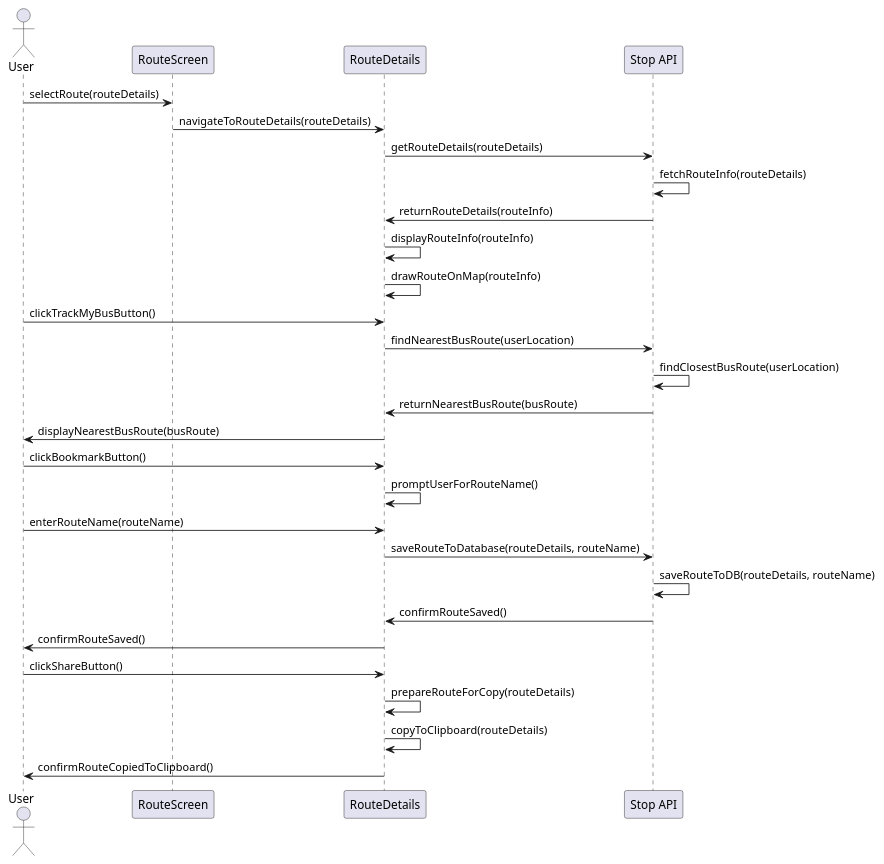
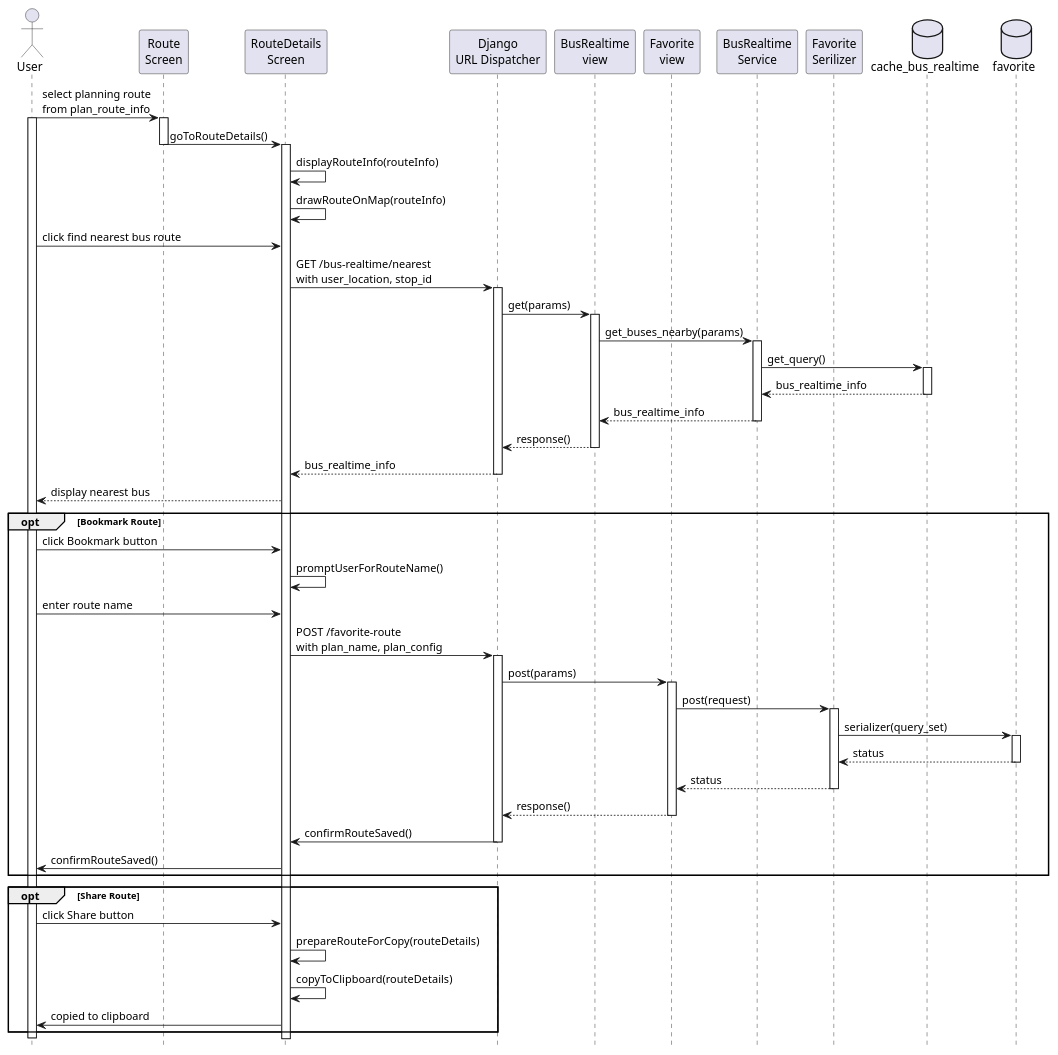
One commit to KMITL-BusBuddy/diagram changed the diagram in search_route/route_information.puml. Above: the diagram before and after it, drawn with PlantUML. The commit also changed 11 other files, not shown here.

Commit message:
update last diagram

```diff
--- a/search_route/route_information.puml
+++ b/search_route/route_information.puml
@@ -1,34 +1,85 @@
-@startuml
+@startuml Plan
+
+hide footbox
 
 actor User
-participant RouteScreen
-participant RouteDetails
-participant "Stop API" as StopAPI
+participant "Route\nScreen" as RouteScreen
+participant "RouteDetails\nScreen" as RouteDetails
 
-User -> RouteScreen : selectRoute(routeDetails)
-RouteScreen -> RouteDetails : navigateToRouteDetails(routeDetails)
-RouteDetails -> StopAPI : getRouteDetails(routeDetails)
-StopAPI -> StopAPI : fetchRouteInfo(routeDetails)
-StopAPI -> RouteDetails : returnRouteDetails(routeInfo)
+participant "Django\nURL Dispatcher" as API
+participant "BusRealtime\nview" as view
+participant "Favorite\nview" as view_favorite
+participant "BusRealtime\nService" as service
+participant "Favorite\nSerilizer" as serializer_favorite
+database "cache_bus_realtime" as table_realtime
+database "favorite" as table_favorite
+
+
+User -> RouteScreen : select planning route \nfrom plan_route_info
+activate User
+activate RouteScreen
+RouteScreen -> RouteDetails : goToRouteDetails()
+deactivate RouteScreen
+activate RouteDetails
 RouteDetails -> RouteDetails : displayRouteInfo(routeInfo)
 RouteDetails -> RouteDetails : drawRouteOnMap(routeInfo)
-User -> RouteDetails : clickTrackMyBusButton()
-RouteDetails -> StopAPI : findNearestBusRoute(userLocation)
-StopAPI -> StopAPI : findClosestBusRoute(userLocation)
-StopAPI -> RouteDetails : returnNearestBusRoute(busRoute)
-RouteDetails -> User : displayNearestBusRoute(busRoute)
 
-User -> RouteDetails : clickBookmarkButton()
-RouteDetails -> RouteDetails : promptUserForRouteName()
-User -> RouteDetails : enterRouteName(routeName)
-RouteDetails -> StopAPI : saveRouteToDatabase(routeDetails, routeName)
-StopAPI -> StopAPI : saveRouteToDB(routeDetails, routeName)
-StopAPI -> RouteDetails : confirmRouteSaved()
-RouteDetails -> User : confirmRouteSaved()
+User -> RouteDetails : click find nearest bus route
+RouteDetails -> API : GET /bus-realtime/nearest \nwith user_location, stop_id
+activate API
 
-User -> RouteDetails : clickShareButton()
-RouteDetails -> RouteDetails : prepareRouteForCopy(routeDetails)
-RouteDetails -> RouteDetails : copyToClipboard(routeDetails)
-RouteDetails -> User : confirmRouteCopiedToClipboard()
+' API Call
+API -> view: get(params)
+activate view
+view -> service : get_buses_nearby(params)
+activate service
+service -> table_realtime : get_query()
+activate table_realtime
+table_realtime --> service : bus_realtime_info
+deactivate table_realtime
+service --> view : bus_realtime_info
+deactivate service
+view --> API : response()
+deactivate view
+
+' Display Nearest Bus Route
+API --> RouteDetails : bus_realtime_info
+deactivate API
+RouteDetails --> User : display nearest bus
+
+opt Bookmark Route
+    User -> RouteDetails : click Bookmark button
+    RouteDetails -> RouteDetails : promptUserForRouteName()
+    User -> RouteDetails : enter route name
+    RouteDetails -> API : POST /favorite-route \nwith plan_name, plan_config
+    activate API
+
+    ' API Call
+    API -> view_favorite: post(params)
+    activate view_favorite
+    view_favorite -> serializer_favorite : post(request)
+    activate serializer_favorite
+    serializer_favorite -> table_favorite : serializer(query_set)
+    activate table_favorite
+    table_favorite --> serializer_favorite : status
+    deactivate table_favorite
+    serializer_favorite --> view_favorite : status
+    deactivate serializer_favorite
+    view_favorite --> API : response()
+    deactivate view_favorite
+    API -> RouteDetails : confirmRouteSaved()
+    deactivate API
+    RouteDetails -> User : confirmRouteSaved()
+end
+
+opt Share Route
+    User -> RouteDetails : click Share button
+    RouteDetails -> RouteDetails : prepareRouteForCopy(routeDetails)
+    RouteDetails -> RouteDetails : copyToClipboard(routeDetails)
+
+    RouteDetails -> User : copied to clipboard
+end
+
+deactivate User
 
 @enduml
```
